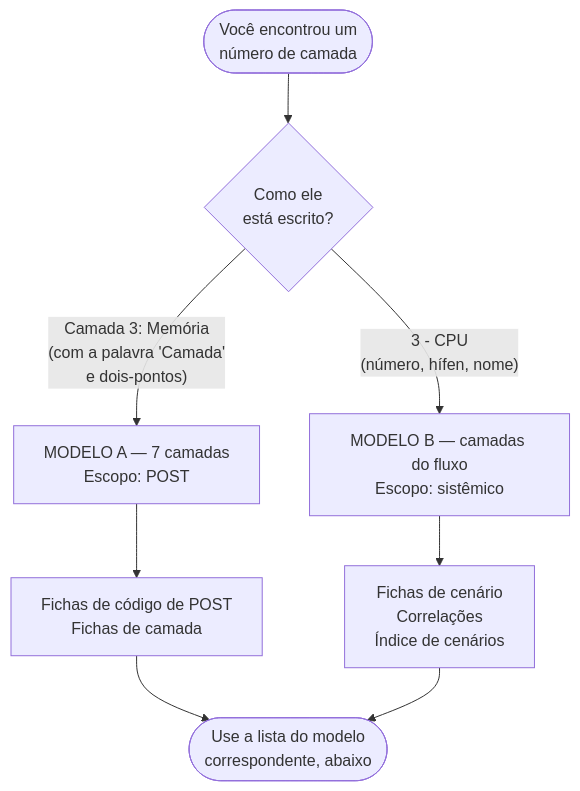
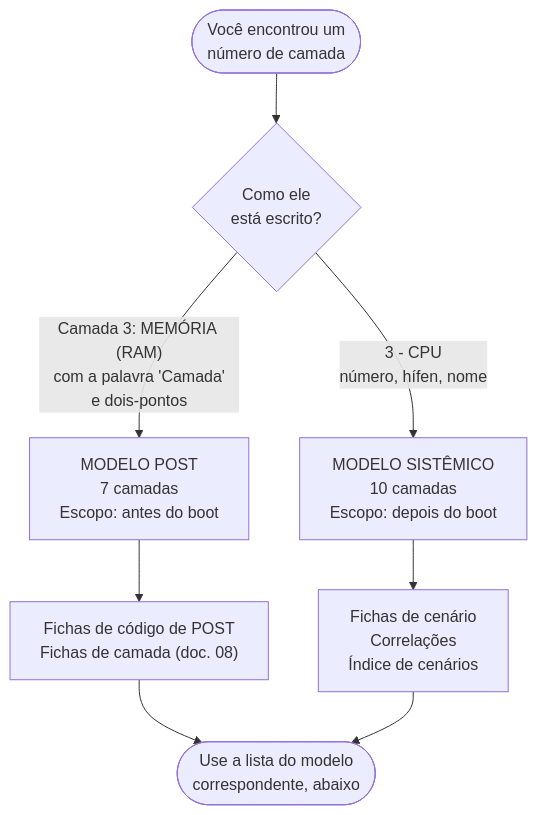
One commit to edsilas/base-diagnostico-hardware changed the diagram in docs/03-taxonomia-camadas.md. Above: the diagram before and after it, drawn with Mermaid. The commit also changed other lines of this file and 52 other files, not shown here.

````diff
--- a/docs/03-taxonomia-camadas.md
+++ b/docs/03-taxonomia-camadas.md
@@ -58,12 +62,12 @@
 ```mermaid
 flowchart TD
     A(["Você encontrou um<br/>número de camada"]) --> B{"Como ele<br/>está escrito?"}
-    B -->|"Camada 3: Memória<br/>(com a palavra 'Camada'<br/>e dois-pontos)"| MA["MODELO A — 7 camadas<br/>Escopo: POST"]
-    B -->|"3 - CPU<br/>(número, hífen, nome)"| MB["MODELO B — camadas do fluxo<br/>Escopo: sistêmico"]
+    B -->|"Camada 3: MEMÓRIA (RAM)<br/>com a palavra 'Camada'<br/>e dois-pontos"| MA["MODELO POST<br/>7 camadas<br/>Escopo: antes do boot"]
+    B -->|"3 - CPU<br/>número, hífen, nome"| MB["MODELO SISTÊMICO<br/>10 camadas<br/>Escopo: depois do boot"]
 
-    MA --> MA1["Fichas de código de POST<br/>Fichas de camada"]
+    MA --> MA1["Fichas de código de POST<br/>Fichas de camada (doc. 08)"]
     MB --> MB1["Fichas de cenário<br/>Correlações<br/>Índice de cenários"]
 
     MA1 --> Z(["Use a lista do modelo<br/>correspondente, abaixo"])
     MB1 --> Z
 ```
````
